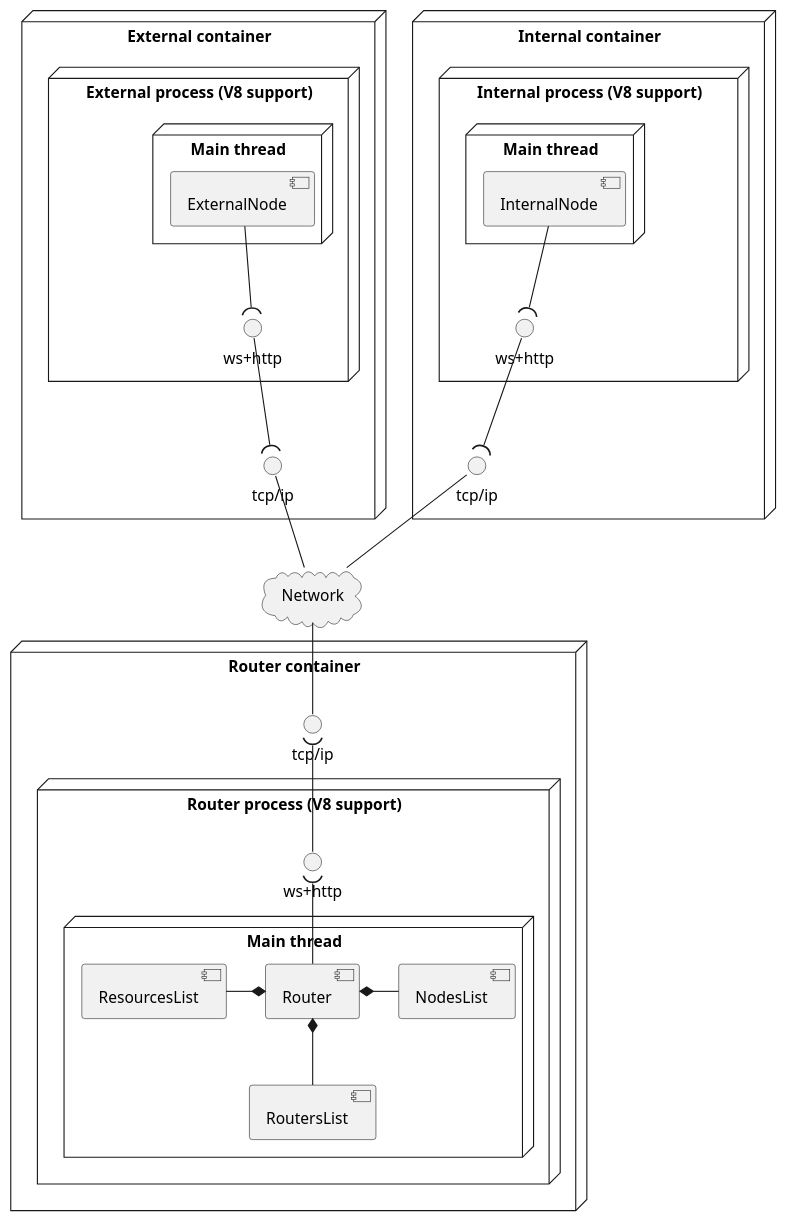
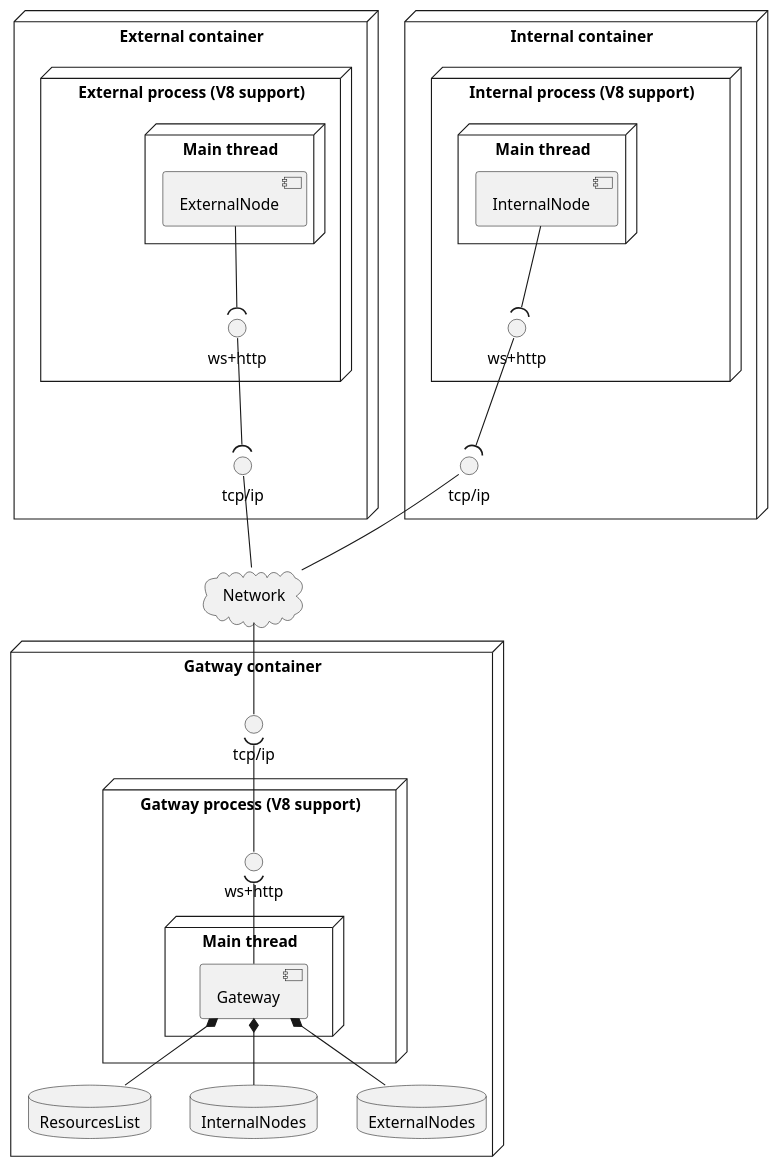
The first of 2 diagrams in uml/puml/mln.io.puml (imazzine/mln), drawn with PlantUML before and after one commit. The commit also changed other lines of this file and 9 other files, not shown here.

```diff
--- a/uml/puml/mln.io.puml
+++ b/uml/puml/mln.io.puml
@@ -1,51 +1,52 @@
 @startuml io
 
   node "External container" as external_container {
     interface "tcp/ip" as external_tcp_ip
     node "External process (V8 support)" as external_process {
       interface "ws+http" as external_websocket
       node "Main thread" as external_main_thread {
         component ExternalNode
       }
       ExternalNode --( external_websocket
     }
     external_websocket --( external_tcp_ip
   }
 
   node "Internal container" as internal_container {
     interface "tcp/ip" as internal_tcp_ip
     node "Internal process (V8 support)" as internal_process {
       interface "ws+http" as internal_websocket
       node "Main thread" as internal_main_thread {
         component InternalNode
       }
       InternalNode --( internal_websocket
       internal_websocket --( internal_tcp_ip
     }
   }
 
   cloud "Network" as network
   external_tcp_ip -- network
   internal_tcp_ip -- network 
 
-  node "Router container" as router_container {
-    interface "tcp/ip" as router_tcp_ip
+  node "Gatway container" as gateway_container {
+    interface "tcp/ip" as gateway_tcp_ip
 
-    node "Router process (V8 support)" as router_process {
-      interface "ws+http" as router_websocket
+    node "Gatway process (V8 support)" as gateway_process {
+      interface "ws+http" as gateway_websocket
 
-      node "Main thread" as router_main_thread {
-        component Router
-        component NodesList
-        component ResourcesList
-        component RoutersList
-        Router *- NodesList
-        ResourcesList -* Router
-        Router *-- RoutersList
+      node "Main thread" as gateway_main_thread {
+        component Gateway
       }
     }
-    network -- router_tcp_ip
-    router_tcp_ip )-- router_websocket
-    router_websocket )-- Router
+    network -- gateway_tcp_ip
+    gateway_tcp_ip )-- gateway_websocket
+    gateway_websocket )-- Gateway
+
+    database ResourcesList
+    database InternalNodes
+    database ExternalNodes
+    Gateway *-- ResourcesList
+    Gateway *-- InternalNodes
+    Gateway *-- ExternalNodes
   }
 @enduml
```
